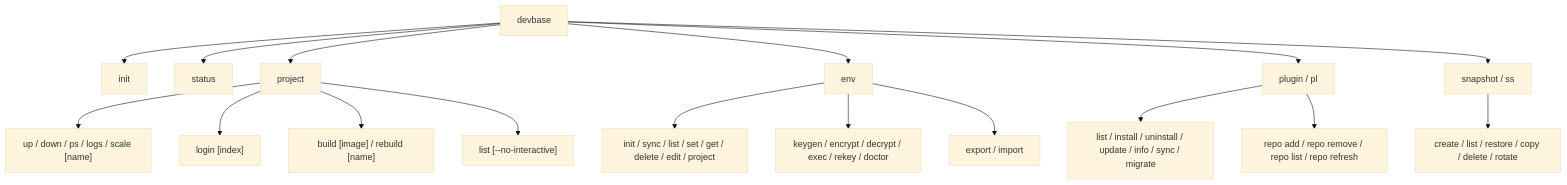
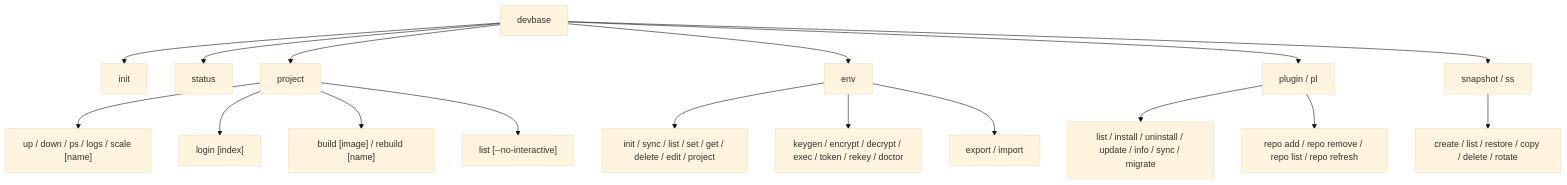
One commit to devbasex/devbase changed the diagram in docs/user/cli-reference/README.md. Above: the diagram before and after it, drawn with Mermaid (base theme). The commit also changed other lines of this file and 18 other files, not shown here.

````diff
--- a/docs/user/cli-reference/README.md
+++ b/docs/user/cli-reference/README.md
@@ -17,19 +17,19 @@
 ```mermaid
 graph TD
     A[devbase] --> B[init]
     A --> C[status]
     A --> D[project]
     A --> E[env]
     A --> F[plugin / pl]
     A --> G[snapshot / ss]
     D --> D1["up / down / ps / logs / scale [name]"]
     D --> D3["login [index]"]
     D --> D4["build [image] / rebuild [name]"]
     D --> D2["list [--no-interactive]"]
     E --> E1[init / sync / list / set / get / delete / edit / project]
-    E --> E2[keygen / encrypt / decrypt / exec / rekey / doctor]
+    E --> E2[keygen / encrypt / decrypt / exec / token / rekey / doctor]
     E --> E3[export / import]
     F --> F1[list / install / uninstall / update / info / sync / migrate]
     F --> F2[repo add / repo remove / repo list / repo refresh]
     G --> G1[create / list / restore / copy / delete / rotate]
 ```
````
